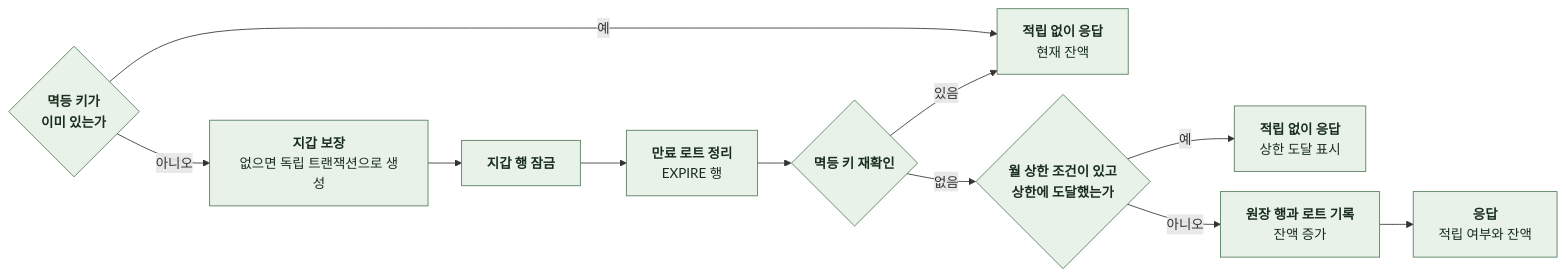
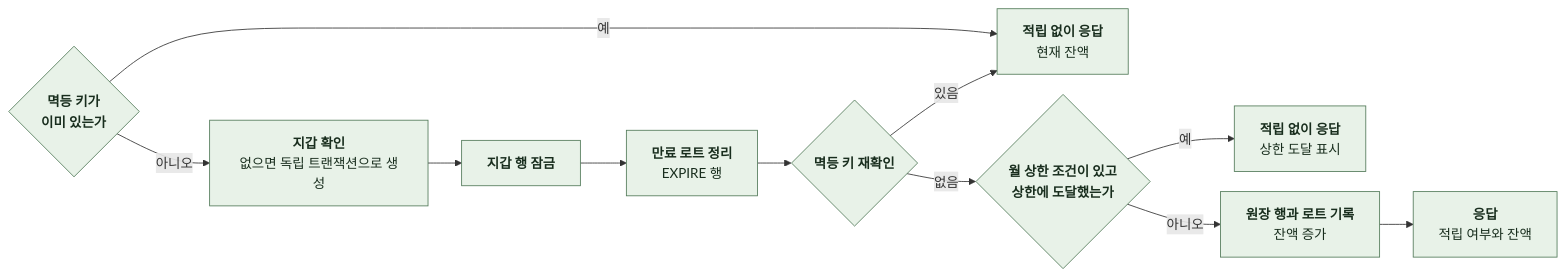
The first of 14 diagrams in docs/domain/PAYMENT/BACKEND/4-1-PIPELINES.md (KIM-N-KANG/knk-harness), drawn with Mermaid before and after one commit.

Commit message:
[KNK-1674] Docs: 적립 흐름의 지갑 확인 단계 이름 정정

````diff
--- a/docs/domain/PAYMENT/BACKEND/4-1-PIPELINES.md
+++ b/docs/domain/PAYMENT/BACKEND/4-1-PIPELINES.md
@@ -27,25 +27,25 @@
 ```mermaid
 %%{init: {"flowchart": {"curve": "basis", "nodeSpacing": 24, "rankSpacing": 40}}}%%
 flowchart LR
     A{"`**멱등 키가
 이미 있는가**`"} -->|예| Z["`**적립 없이 응답**
 현재 잔액`"]
-    A -->|아니오| B["`**지갑 보장**
+    A -->|아니오| B["`**지갑 확인**
 없으면 독립 트랜잭션으로 생성`"]
     B --> C["`**지갑 행 잠금**`"]
     C --> D["`**만료 로트 정리**
 EXPIRE 행`"]
     D --> E{"`**멱등 키 재확인**`"}
     E -->|있음| Z
     E -->|없음| F{"`**월 상한 조건이 있고
 상한에 도달했는가**`"}
     F -->|예| Y["`**적립 없이 응답**
 상한 도달 표시`"]
     F -->|아니오| G["`**원장 행과 로트 기록**
 잔액 증가`"]
     G --> H["`**응답**
 적립 여부와 잔액`"]
     classDef comp fill:#E8F2E8,stroke:#527A59,color:#182D1D
     classDef task fill:#F5D9C9,stroke:#B97450,color:#452B1D
     class A,B,C,D,E,F,G,H,Y,Z comp
 ```
````
